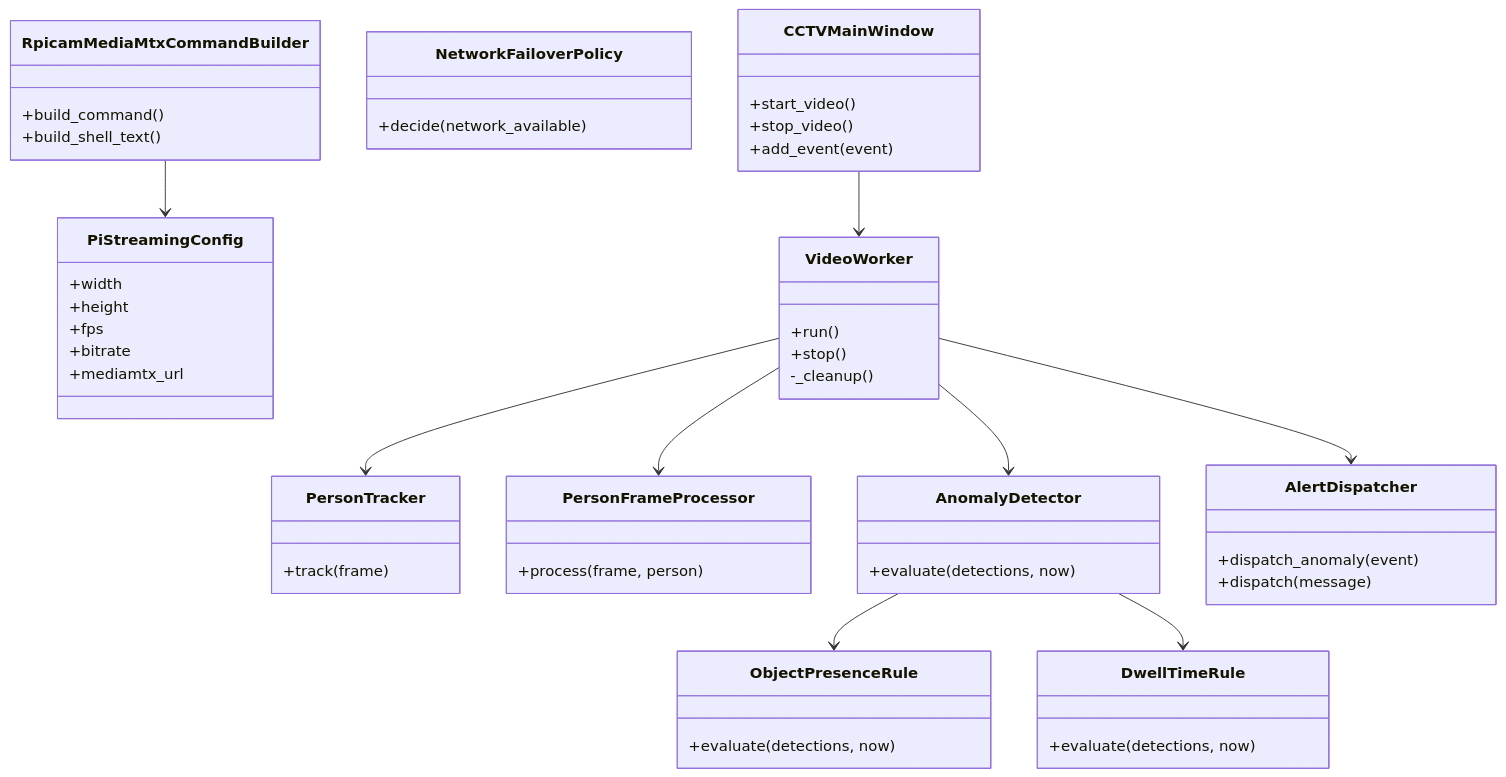
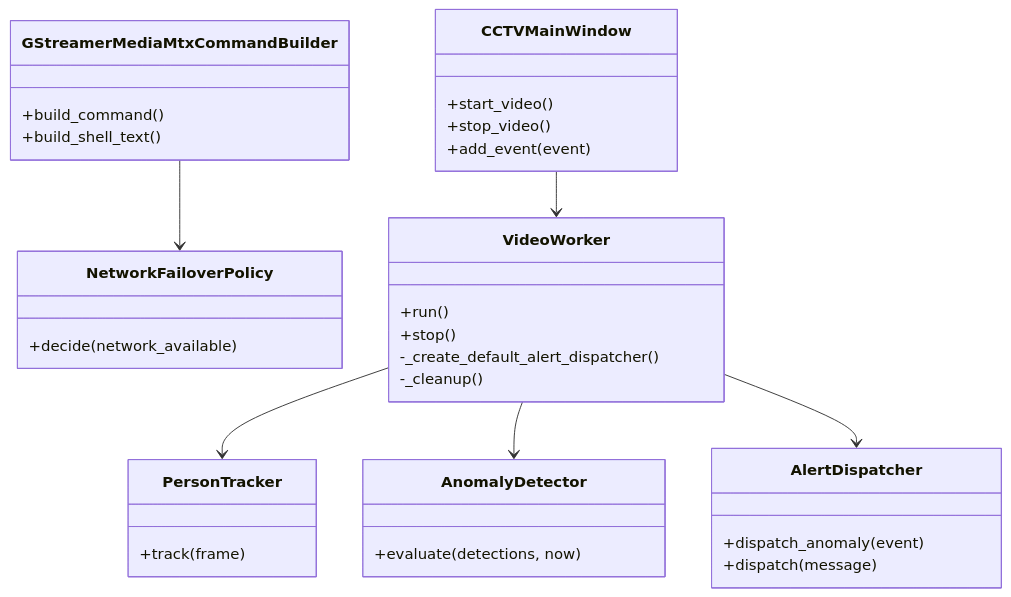
Before and after one commit to taegyu-heo-bigstar/AI_CCTV: the second of 2 diagrams in flow.md, drawn with Mermaid. The commit also changed other lines of this file and 19 other files, not shown here.

````diff
--- a/flow.md
+++ b/flow.md
@@ -53,65 +62,43 @@
 ```mermaid
 classDiagram
-    class PiStreamingConfig {
-        +width
-        +height
-        +fps
-        +bitrate
-        +mediamtx_url
-    }
-
-    class RpicamMediaMtxCommandBuilder {
+    class GStreamerMediaMtxCommandBuilder {
         +build_command()
         +build_shell_text()
     }
 
     class NetworkFailoverPolicy {
         +decide(network_available)
     }
 
     class VideoWorker {
         +run()
         +stop()
+        -_create_default_alert_dispatcher()
         -_cleanup()
     }
 
     class PersonTracker {
         +track(frame)
     }
 
-    class PersonFrameProcessor {
-        +process(frame, person)
-    }
-
     class AnomalyDetector {
-        +evaluate(detections, now)
-    }
-
-    class ObjectPresenceRule {
-        +evaluate(detections, now)
-    }
-
-    class DwellTimeRule {
         +evaluate(detections, now)
     }
 
     class AlertDispatcher {
         +dispatch_anomaly(event)
         +dispatch(message)
     }
 
     class CCTVMainWindow {
         +start_video()
         +stop_video()
         +add_event(event)
     }
 
-    RpicamMediaMtxCommandBuilder --> PiStreamingConfig
+    GStreamerMediaMtxCommandBuilder --> NetworkFailoverPolicy
     VideoWorker --> PersonTracker
-    VideoWorker --> PersonFrameProcessor
     VideoWorker --> AnomalyDetector
-    AnomalyDetector --> ObjectPresenceRule
-    AnomalyDetector --> DwellTimeRule
     VideoWorker --> AlertDispatcher
     CCTVMainWindow --> VideoWorker
 ```
````
